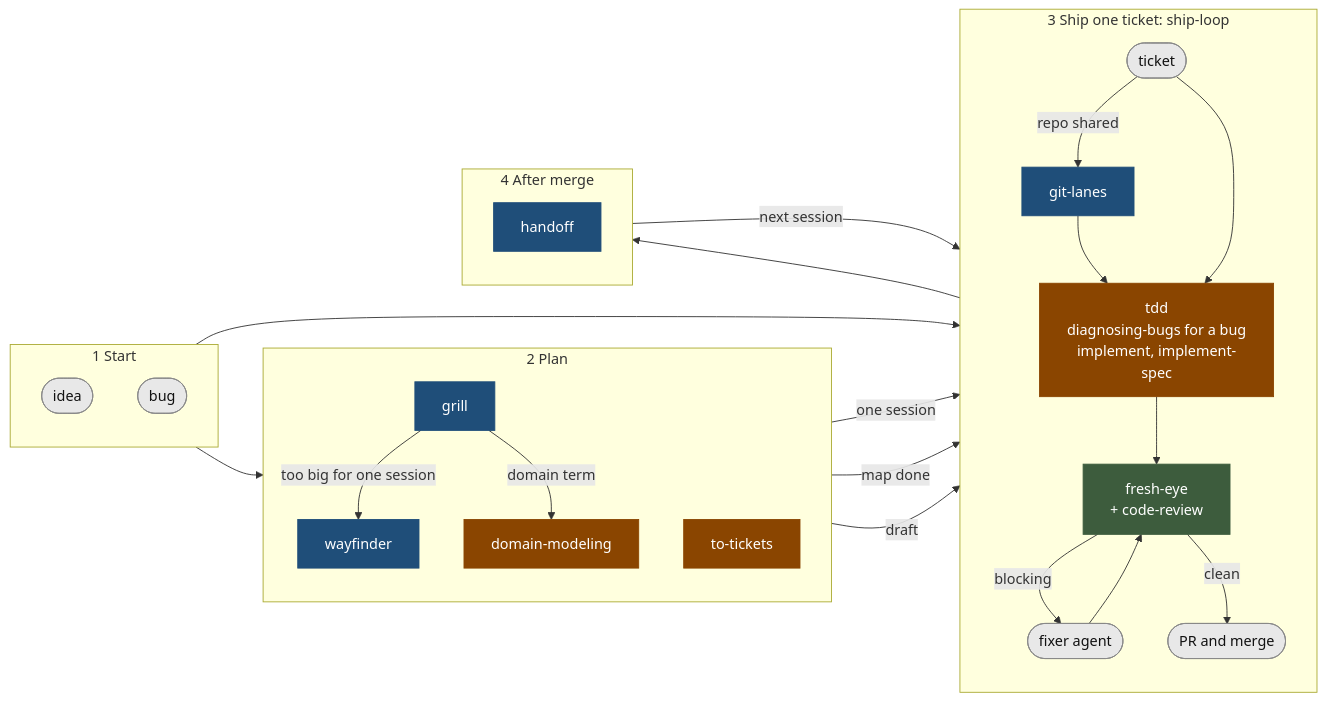
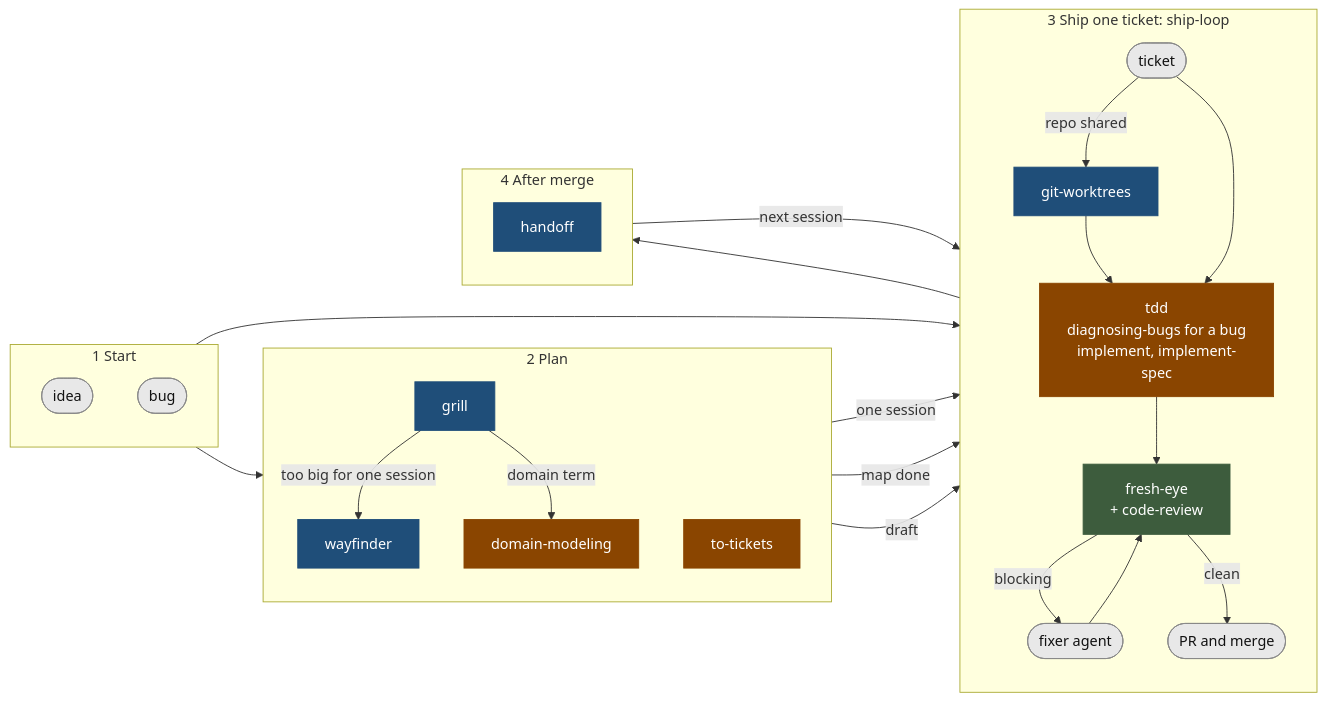
The diagram in README.md (emmanuelwunjc/yw-workflow), drawn with Mermaid before and after one commit. The commit also changed other lines of this file and 19 other files, not shown here.

First line of the commit message:
refactor(git-worktrees): rename skill git-lanes, and say worktree or branch for lane (#228)

````diff
--- a/README.md
+++ b/README.md
@@ -40,46 +40,46 @@
 ```mermaid
 flowchart LR
     subgraph S1 [1 Start]
         direction TB
         idea([idea]):::start
         bug([bug]):::start
     end
     subgraph S2 [2 Plan]
         direction TB
         grill[grill]:::yw
         way[wayfinder]:::yw
         dm[domain-modeling]:::matt
         tt[to-tickets]:::matt
     end
     subgraph S3 [3 Ship one ticket: ship-loop]
         direction TB
         ticket([ticket]):::start
-        lanes[git-lanes]:::yw
+        wt[git-worktrees]:::yw
         build[tdd<br/>diagnosing-bugs for a bug<br/>implement, implement-spec]:::matt
         review[fresh-eye<br/>+ code-review]:::both
         fixer([fixer agent]):::start
         merge([PR and merge]):::start
-        ticket -->|repo shared| lanes --> build --> review
+        ticket -->|repo shared| wt --> build --> review
         ticket --> build
         review -->|blocking| fixer --> review
         review -->|clean| merge
     end
     subgraph S4 [4 After merge]
         direction TB
         handoff[handoff]:::yw
     end
     idea --> grill
     grill -->|too big for one session| way
     grill -->|domain term| dm
     grill -->|one session| ticket
     way -->|map done| ticket
     tt -->|draft| ticket
     bug --> ticket
     merge --> handoff
-    handoff -->|next session| lanes
+    handoff -->|next session| wt
 
     classDef yw fill:#1f4e79,stroke:#1f4e79,color:#ffffff
     classDef matt fill:#8a4500,stroke:#8a4500,color:#ffffff
     classDef both fill:#3d5c3d,stroke:#3d5c3d,color:#ffffff
     classDef start fill:#e8e8e8,stroke:#888888,color:#111111
 ```
````
